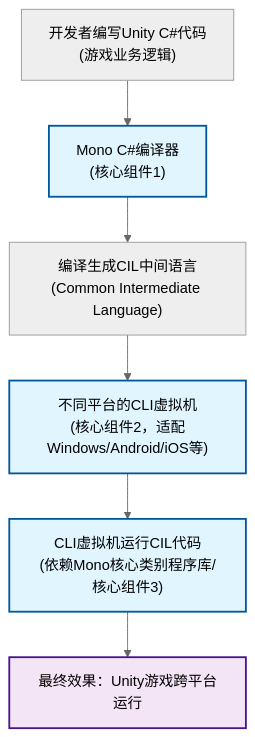
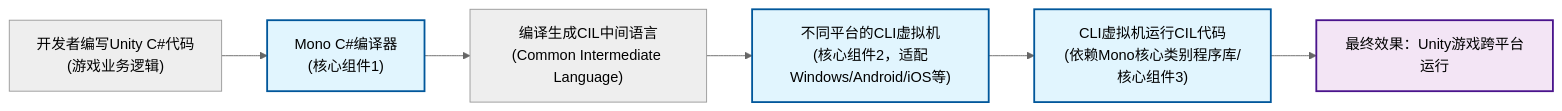
One commit to FishCat233/PigeonLibrary changed the diagram in content/游戏开发方方面/Unity/Unity Mono与IL2CPP这块.md. Above: the diagram before and after it, drawn with Mermaid (neutral theme).

Commit message:
Update public notes

````diff
--- a/content/游戏开发方方面/Unity/Unity Mono与IL2CPP这块.md
+++ b/content/游戏开发方方面/Unity/Unity Mono与IL2CPP这块.md
@@ -13,13 +13,13 @@
 ```mermaid
-flowchart TD
+flowchart LR
     A["开发者编写Unity C#代码<br/>(游戏业务逻辑)"] --> B["Mono C#编译器<br/>(核心组件1)"]
     B --> C["编译生成CIL中间语言<br/>(Common Intermediate Language)"]
     C --> D["不同平台的CLI虚拟机<br/>(核心组件2，适配Windows/Android/iOS等)"]
     D --> E["CLI虚拟机运行CIL代码<br/>(依赖Mono核心类别程序库/核心组件3)"]
     E --> F["最终效果：Unity游戏跨平台运行"]
     
     classDef coreComponent fill:#e1f5fe,stroke:#01579b,stroke-width:2px
     class B,D,E coreComponent
     classDef endNode fill:#f3e5f5,stroke:#4a148c,stroke-width:2px
     class F endNode
 ```
````
